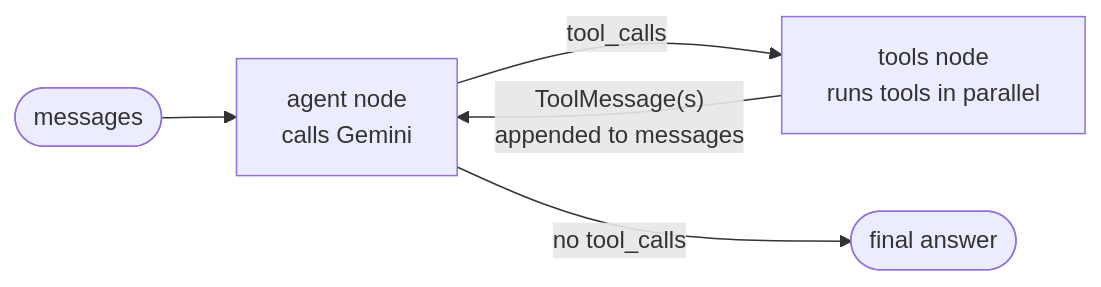
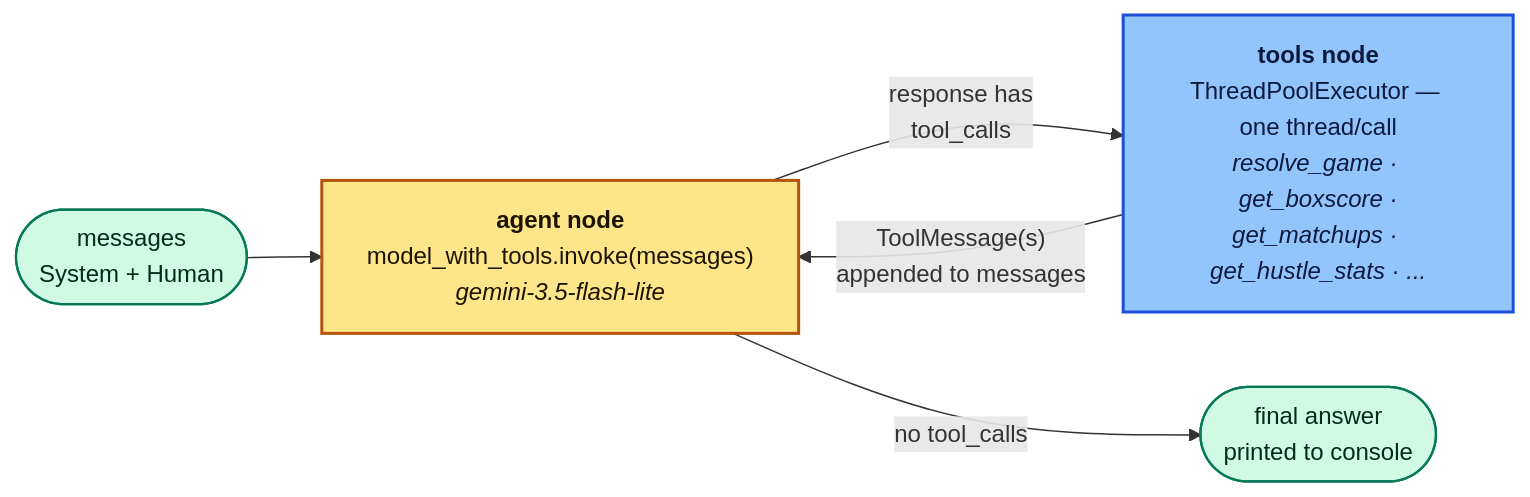
Before and after one commit to kojilbj/nba-live-agent: the diagram in README.md, drawn with Mermaid.

Commit message:
Color and expand detail in the README loop diagram
Give agent/tools/endpoint nodes distinct fills via classDef, and add
what each node actually does (model call target, thread-pool
execution, example tools) instead of just the node names.

````diff
--- a/README.md
+++ b/README.md
@@ -41,7 +41,18 @@
 ```mermaid
 flowchart LR
-    In(["messages"]) --> Agent
-    Agent["agent node<br/>calls Gemini"] -- "tool_calls" --> Tools["tools node<br/>runs tools in parallel"]
+    In(["messages<br/>System + Human"]) --> Agent
+
+    Agent["<b>agent node</b><br/>model_with_tools.invoke(messages)<br/><i>gemini-3.5-flash-lite</i>"]
+    Agent -- "response has<br/>tool_calls" --> Tools
+    Agent -- "no tool_calls" --> Out(["final answer<br/>printed to console"])
+
+    Tools["<b>tools node</b><br/>ThreadPoolExecutor — one thread/call<br/><i>resolve_game · get_boxscore ·<br/>get_matchups · get_hustle_stats · ...</i>"]
     Tools -- "ToolMessage(s)<br/>appended to messages" --> Agent
-    Agent -- "no tool_calls" --> Out(["final answer"])
+
+    classDef agentStyle fill:#fde68a,stroke:#b45309,stroke-width:2px,color:#1c1400
+    classDef toolsStyle fill:#93c5fd,stroke:#1d4ed8,stroke-width:2px,color:#0b1a3d
+    classDef endpointStyle fill:#d1fae5,stroke:#047857,stroke-width:1.5px,color:#022c1e
+    class Agent agentStyle
+    class Tools toolsStyle
+    class In,Out endpointStyle
 ```
````
